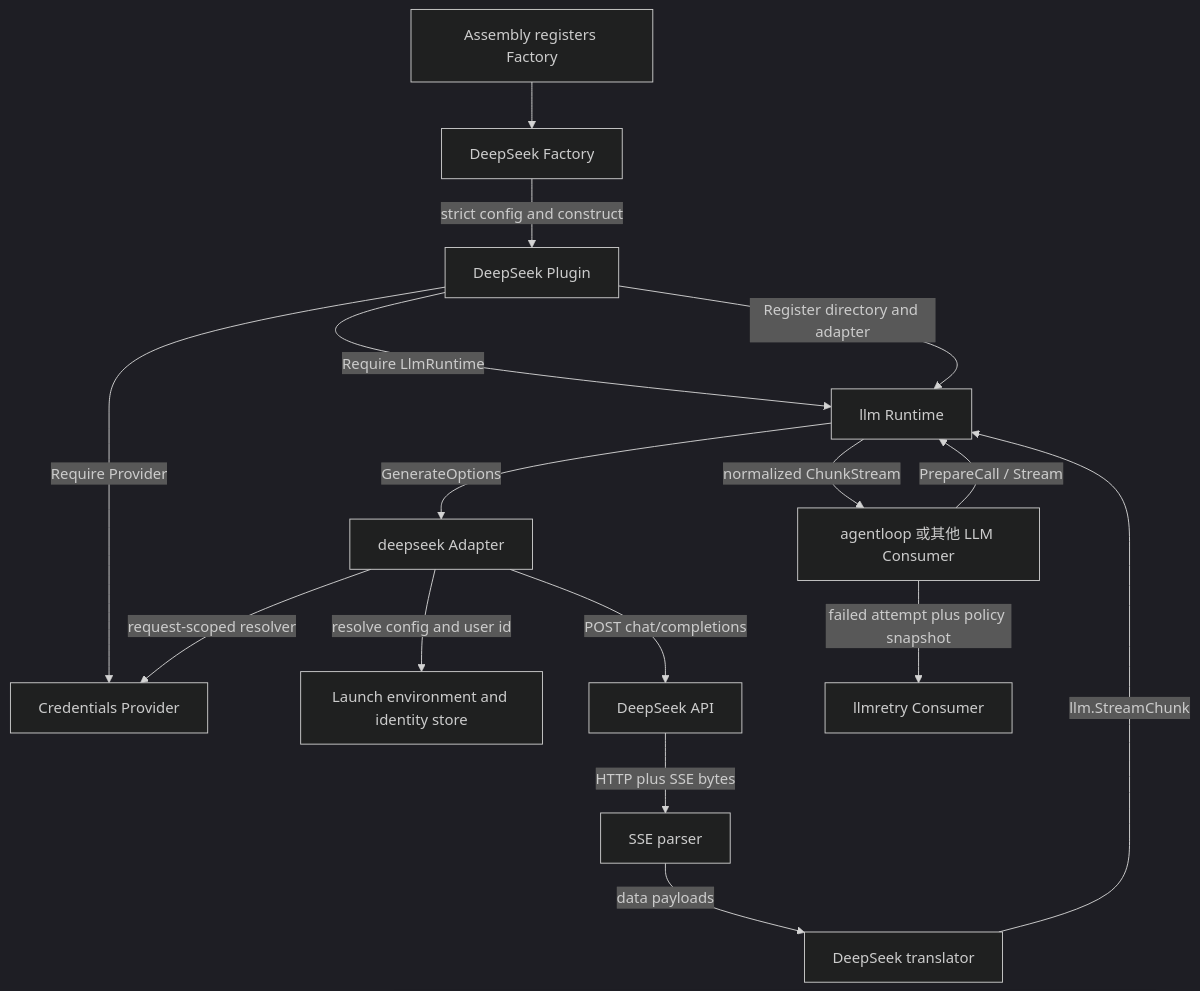
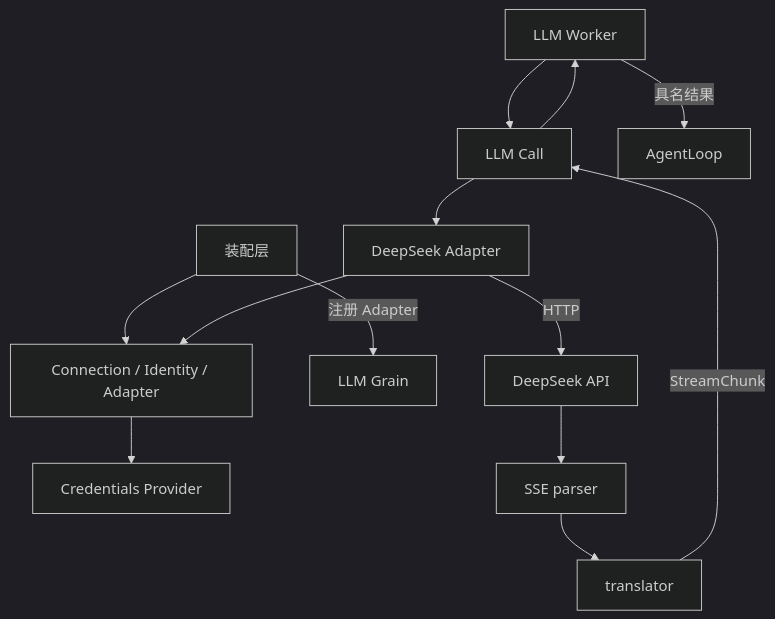
Before and after one commit to gorenx/goren: the first of 4 diagrams in llm/deepseek/README.zh-CN.md, drawn with Mermaid (dark theme). The commit also changed other lines of this file and 7 other files, not shown here.

Commit message:
docs(actor): align AgentLoop admission and LLM generation contracts

````diff
--- a/llm/deepseek/README.zh-CN.md
+++ b/llm/deepseek/README.zh-CN.md
@@ -70,18 +71,15 @@
 ```mermaid
 flowchart TD
-    Assembly[Assembly registers Factory] --> Factory[DeepSeek Factory]
-    Factory -->|strict config and construct| Plugin[DeepSeek Plugin]
-    Plugin -->|Require LlmRuntime| Runtime[llm Runtime]
-    Plugin -->|Require Provider| Credentials[Credentials Provider]
-    Plugin -->|Register directory and adapter| Runtime
-    Agent[agentloop 或其他 LLM Consumer] -->|PrepareCall / Stream| Runtime
-    Runtime -->|GenerateOptions| Adapter[deepseek Adapter]
-    Adapter -->|resolve config and user id| Inputs[Launch environment and identity store]
-    Adapter -->|request-scoped resolver| Credentials
-    Adapter -->|POST chat/completions| API[DeepSeek API]
-    API -->|HTTP plus SSE bytes| Parser[SSE parser]
-    Parser -->|data payloads| Translator[DeepSeek translator]
-    Translator -->|llm.StreamChunk| Runtime
-    Runtime -->|normalized ChunkStream| Agent
-    Agent -->|failed attempt plus policy snapshot| Retry[llmretry Consumer]
+ A[装配层] --> C[Connection / Identity / Adapter]
+ A -->|注册 Adapter| G[LLM Grain]
+ W[LLM Worker] --> L[LLM Call]
+ L --> D[DeepSeek Adapter]
+ D --> C
+ C --> K[Credentials Provider]
+ D -->|HTTP| P[DeepSeek API]
+ P --> S[SSE parser]
+ S --> T[translator]
+ T -->|StreamChunk| L
+ L --> W
+ W -->|具名结果| Agent[AgentLoop]
 ```
````
